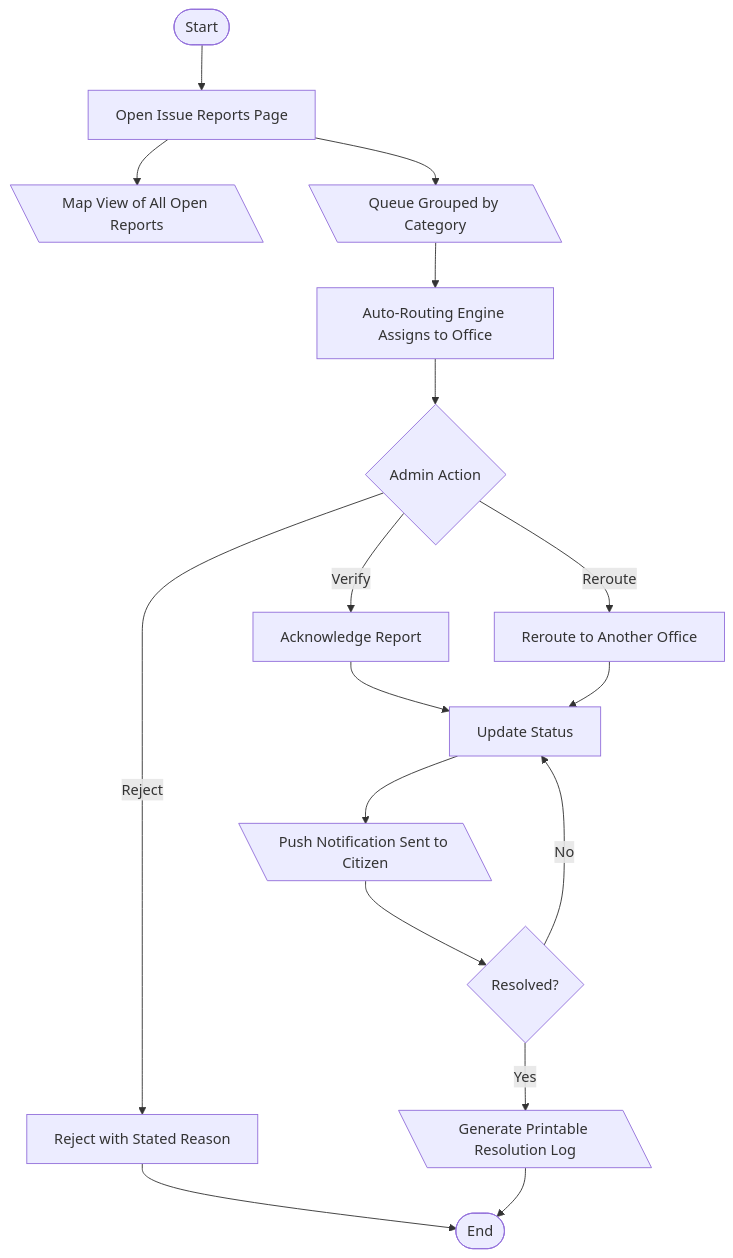
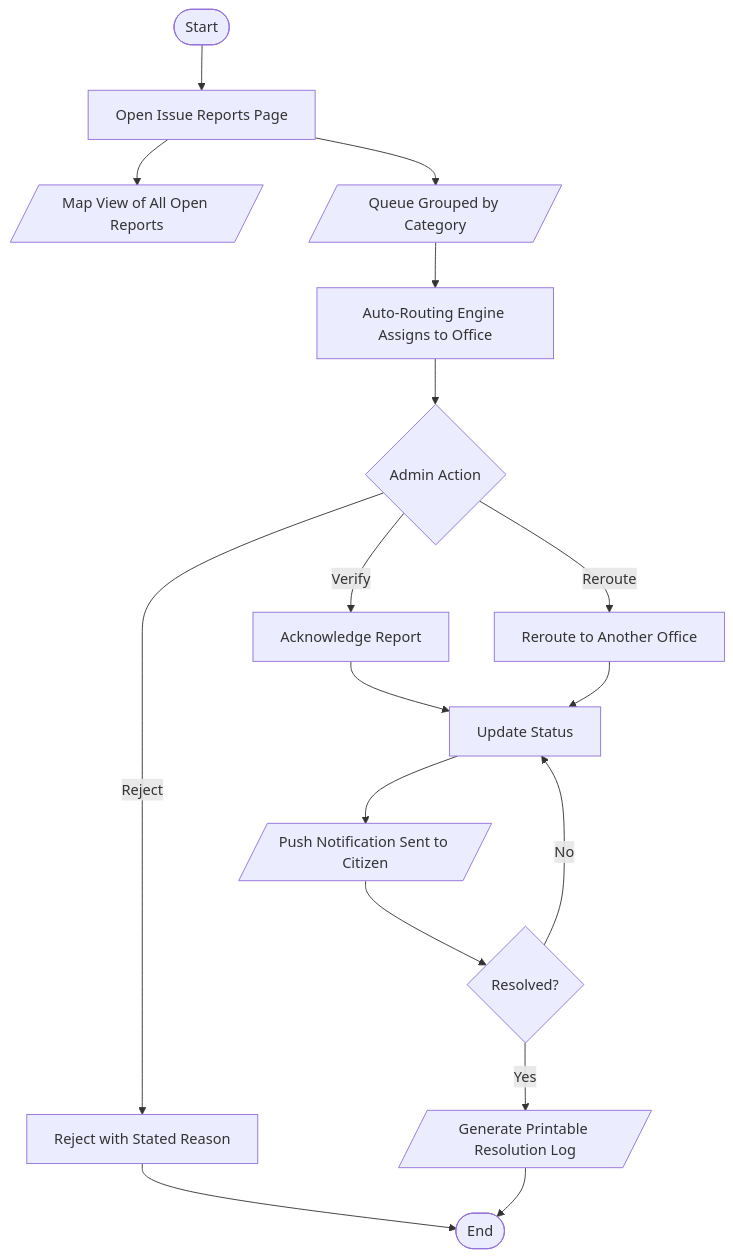
Before and after one commit to Jechrispotato/Refractor: diagram 11 of 33 in Manuscript/diagrams.md, drawn with Mermaid. The commit also changed other lines of this file and 2 other files, not shown here.

````diff
--- a/Manuscript/diagrams.md
+++ b/Manuscript/diagrams.md
@@ -221,19 +221,19 @@
 ```mermaid
 flowchart TD
     Start([Start]) --> Open[Open Issue Reports Page]
-    Open --> MapView[\Map View of All Open Reports\]
-    Open --> Queue[\Queue Grouped by Category\]
+    Open --> MapView[/Map View of All Open Reports/]
+    Open --> Queue[/Queue Grouped by Category/]
     Queue --> AutoRoute[Auto-Routing Engine Assigns to Office]
     AutoRoute --> Decision{Admin Action}
     Decision -->|Verify| Acknowledge[Acknowledge Report]
     Decision -->|Reroute| Reroute[Reroute to Another Office]
     Decision -->|Reject| Reject[Reject with Stated Reason]
     Acknowledge --> Status[Update Status]
     Reroute --> Status
-    Status --> Notify[\Push Notification Sent to Citizen\]
+    Status --> Notify[/Push Notification Sent to Citizen/]
     Notify --> Resolved{Resolved?}
     Resolved -->|No| Status
-    Resolved -->|Yes| Log[\Generate Printable Resolution Log\]
+    Resolved -->|Yes| Log[/Generate Printable Resolution Log/]
     Reject --> End([End])
     Log --> End
 ```
````
